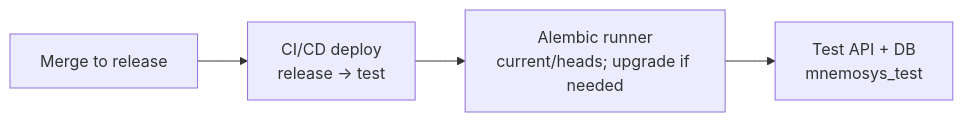
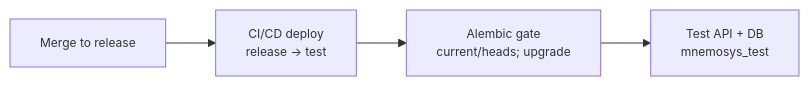
Before and after one commit to wphillipmoore/mnemosys-core: the third of 4 diagrams in docs/diagrams/alembic-migration-workflow.md, drawn with Mermaid. The commit also changed other lines of this file, not shown here.

Commit message:
Shrink mermaid labels to avoid clipping

````diff
--- a/docs/diagrams/alembic-migration-workflow.md
+++ b/docs/diagrams/alembic-migration-workflow.md
@@ -34,8 +38,10 @@
 ```mermaid
 flowchart LR
+  classDef compact font-size:12px;
   REL["Merge to release"]
   TEST_PIPE["CI/CD deploy<br/>release -> test"]
-  TEST_GATE["Alembic runner<br/>current/heads; upgrade if needed"]
+  TEST_GATE["Alembic gate<br/>current/heads; upgrade"]
   TEST_APP["Test API + DB<br/>mnemosys_test"]
   REL --> TEST_PIPE --> TEST_GATE --> TEST_APP
+  class REL,TEST_PIPE,TEST_GATE,TEST_APP compact;
 ```
````
